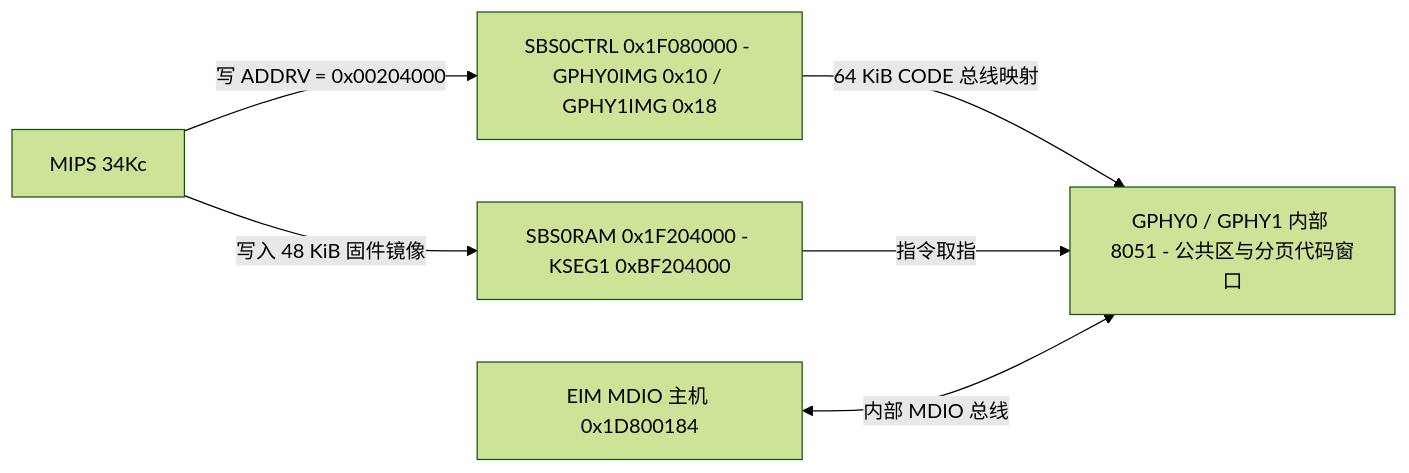
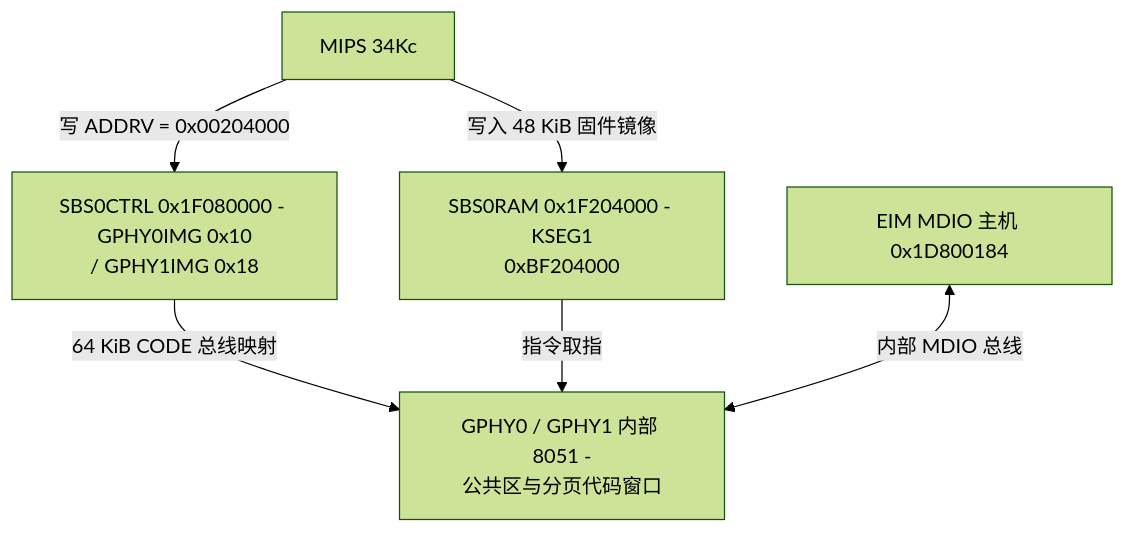
The diagram in 07_phy_and_mac/05_gphy_dual_gigabit.md (difanz/lantiq-falcon-s-docs), drawn with Mermaid (forest theme) before and after one commit. The commit also changed 33 other files, not shown here.

Commit message:
Improve diagram readability and adopt the Material theme

````diff
--- a/07_phy_and_mac/05_gphy_dual_gigabit.md
+++ b/07_phy_and_mac/05_gphy_dual_gigabit.md
@@ -15,8 +15,8 @@
 ```mermaid
-flowchart LR
-    MIPS["MIPS 34Kc"] -->|写入 48 KiB 固件镜像| SRAM["SBS0RAM 0x1F204000 - KSEG1 0xBF204000"]
-    MIPS -->|写 ADDRV = 0x00204000| SBS0CTRL["SBS0CTRL 0x1F080000 - GPHY0IMG 0x10 / GPHY1IMG 0x18"]
-    SBS0CTRL -->|64 KiB CODE 总线映射| MCU["GPHY0 / GPHY1 内部 8051 - 公共区与分页代码窗口"]
+flowchart TD
+    MIPS["MIPS 34Kc"] -->|写入 48 KiB 固件镜像| SRAM["SBS0RAM 0x1F204000 - KSEG1<br/>0xBF204000"]
+    MIPS -->|写 ADDRV = 0x00204000| SBS0CTRL["SBS0CTRL 0x1F080000 - GPHY0IMG 0x10<br/>/ GPHY1IMG 0x18"]
+    SBS0CTRL -->|64 KiB CODE 总线映射| MCU["GPHY0 / GPHY1 内部 8051 -<br/>公共区与分页代码窗口"]
     SRAM -->|指令取指| MCU
     EIM["EIM MDIO 主机 0x1D800184"] <-->|内部 MDIO 总线| MCU
 ```
````
